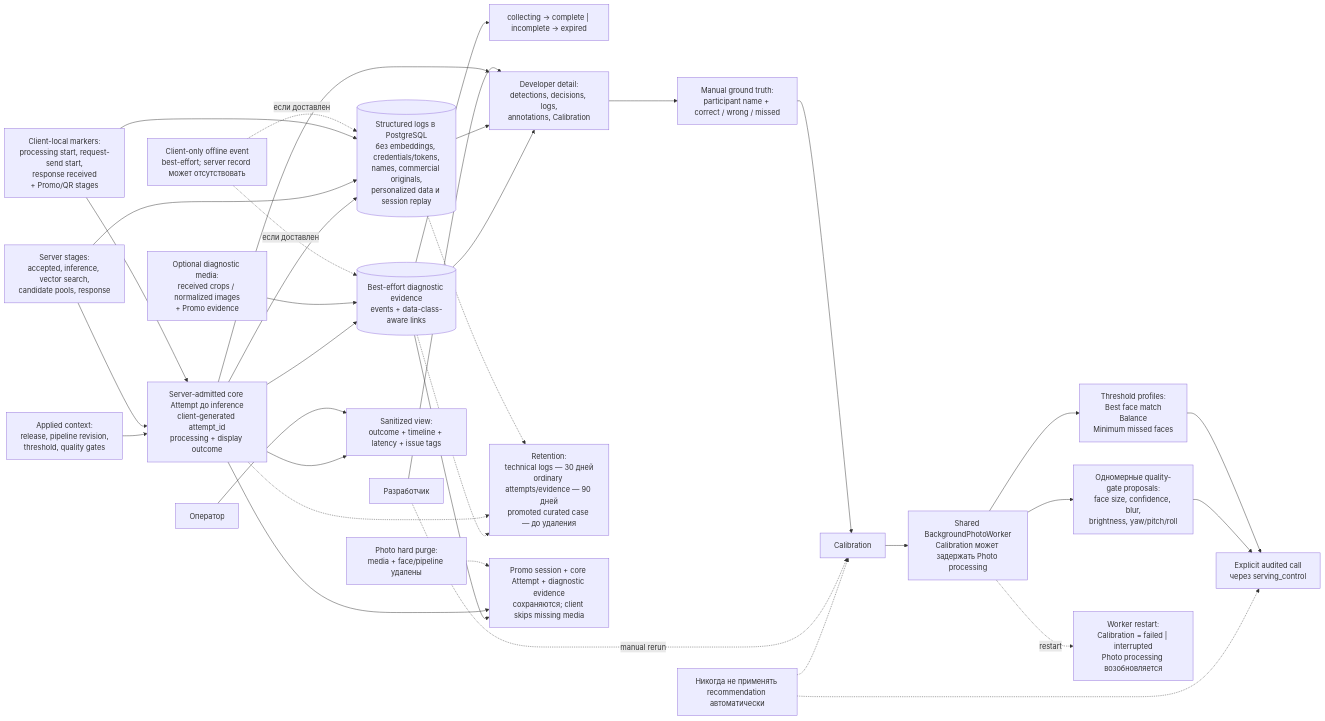
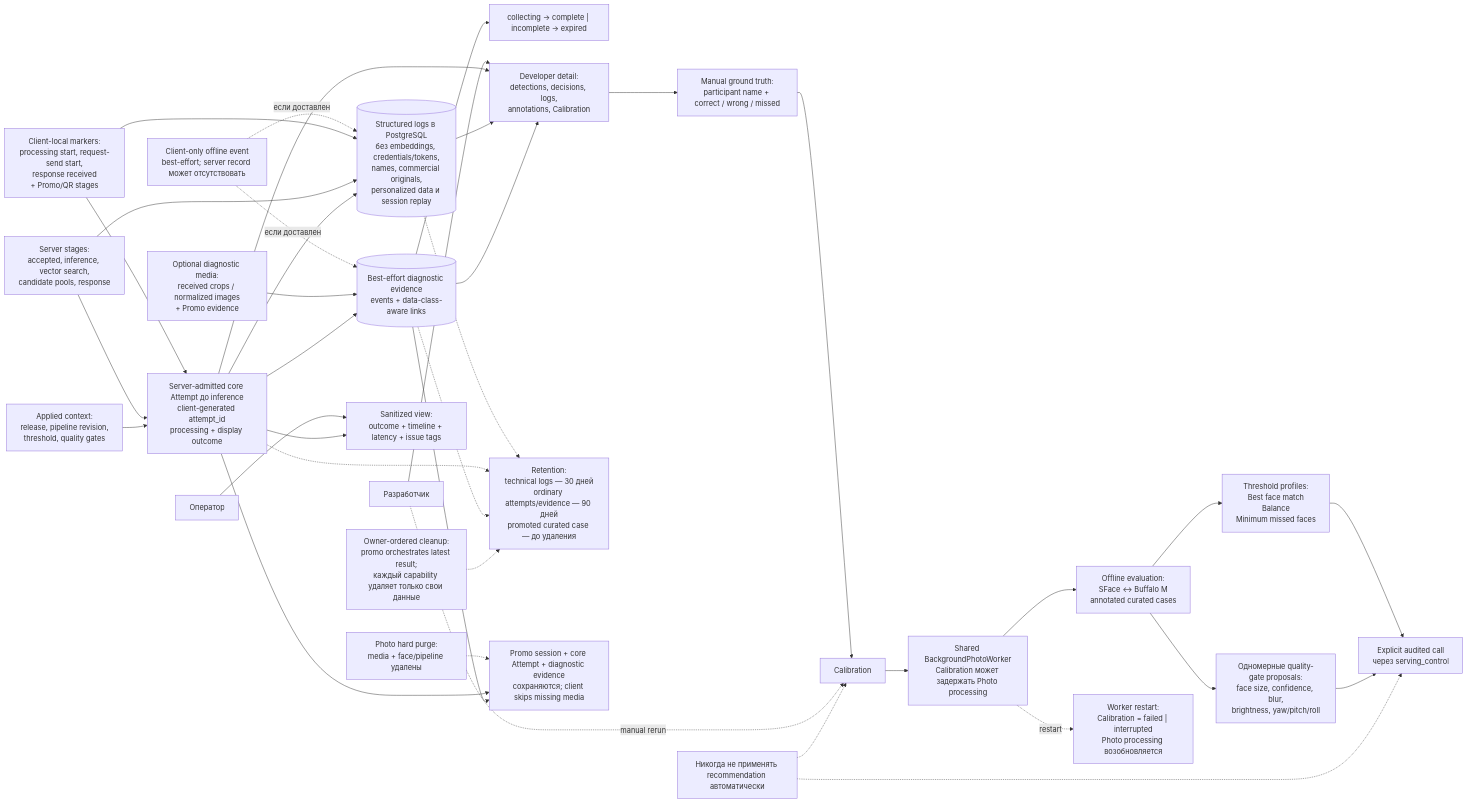
Before and after one commit to nicelight/face_moment: the diagram in mermaids/06-diagnostics-and-calibration.md, drawn with Mermaid. The commit also changed other lines of this file and 19 other files, not shown here.

````diff
--- a/mermaids/06-diagnostics-and-calibration.md
+++ b/mermaids/06-diagnostics-and-calibration.md
@@ -9,67 +9,71 @@
 ```mermaid
 flowchart LR
     browser["Client-local markers:<br/>processing start, request-send start,<br/>response received<br/>+ Promo/QR stages"]
     server["Server stages:<br/>accepted, inference, vector search,<br/>candidate pools, response"]
     config["Applied context:<br/>release, pipeline revision,<br/>threshold, quality gates"]
     artifacts["Optional diagnostic media:<br/>received crops / normalized images<br/>+ Promo evidence"]
 
     attempt["Server-admitted core Attempt до inference<br/>client-generated attempt_id<br/>processing + display outcome"]
     offline["Client-only offline event<br/>best-effort; server record может отсутствовать"]
     logs[("Structured logs в PostgreSQL<br/>без embeddings, credentials/tokens,<br/>names, commercial originals,<br/>personalized data и session replay")]
     evidence[("Best-effort diagnostic evidence<br/>events + data-class-aware links")]
     evidence_state["collecting → complete | incomplete → expired"]
 
     operator["Оператор"]
     developer["Разработчик"]
     sanitized["Sanitized view:<br/>outcome + timeline + latency + issue tags"]
     detail["Developer detail:<br/>detections, decisions, logs,<br/>annotations, Calibration"]
     annotation["Manual ground truth:<br/>participant name + correct / wrong / missed"]
     calibration["Calibration"]
+    evaluation["Offline evaluation:<br/>SFace ↔ Buffalo M<br/>annotated curated cases"]
 
     profiles["Threshold profiles:<br/>Best face match<br/>Balance<br/>Minimum missed faces"]
     gates["Одномерные quality-gate proposals:<br/>face size, confidence, blur,<br/>brightness, yaw/pitch/roll"]
     worker["Shared BackgroundPhotoWorker<br/>Calibration может задержать Photo processing"]
     interrupted["Worker restart:<br/>Calibration = failed | interrupted<br/>Photo processing возобновляется"]
     manual["Explicit audited call<br/>через serving_control"]
 
     browser --> attempt
     server --> attempt
     config --> attempt
     offline -. "если доставлен" .-> logs
     offline -. "если доставлен" .-> evidence
     browser --> logs
     server --> logs
     artifacts --> evidence
     attempt --> logs
     attempt --> evidence
     evidence --> evidence_state
 
     operator --> sanitized
     attempt --> sanitized
 
     developer --> detail
     attempt --> detail
     logs --> detail
     evidence --> detail
     detail --> annotation --> calibration
-    calibration --> worker
-    worker --> profiles --> manual
-    worker --> gates --> manual
+    calibration --> worker --> evaluation
+    evaluation --> profiles --> manual
+    evaluation --> gates --> manual
     worker -. "restart" .-> interrupted
     developer -. "manual rerun" .-> calibration
 
     retention["Retention:<br/>technical logs — 30 дней<br/>ordinary attempts/evidence — 90 дней<br/>promoted curated case — до удаления"]
     logs -.-> retention
     attempt -.-> retention
     evidence -.-> retention
+
+    cleanup["Owner-ordered cleanup:<br/>promo orchestrates latest result;<br/>каждый capability удаляет только свои данные"]
+    cleanup -.-> retention
 
     prohibition["Никогда не применять recommendation автоматически"]
     prohibition -.-> calibration
     prohibition -.-> manual
 
     hard_purge["Photo hard purge:<br/>media + face/pipeline удалены"]
     preserved["Promo session + core Attempt + diagnostic evidence<br/>сохраняются; client skips missing media"]
     hard_purge -.-> preserved
     attempt --> preserved
     evidence --> preserved
 ```
````
